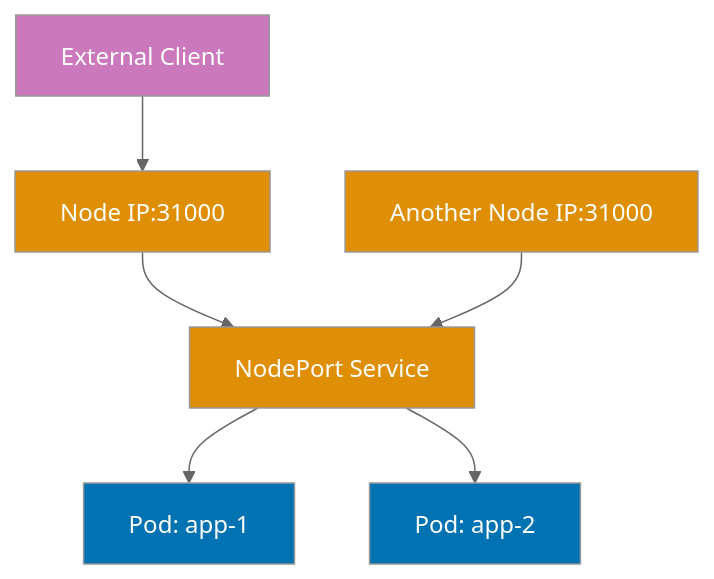
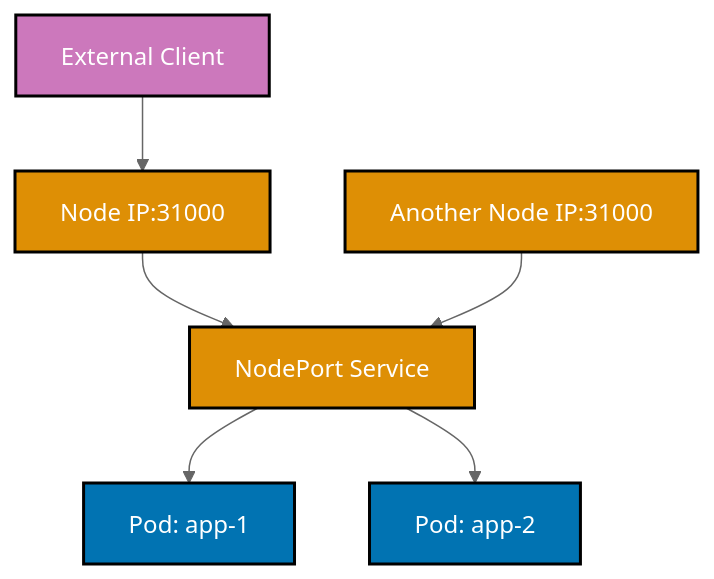
The seventh of 9 diagrams in apps/ayokoding-web/content/en/learn/software-engineering/infrastructure/tools/kubernetes/by-example/beginner.md (wahidyankf/open-sharia-enterprise), drawn with Mermaid (neutral theme) before and after one commit. The commit also changed other lines of this file and 25 other files, not shown here.

````diff
--- a/apps/ayokoding-web/content/en/learn/software-engineering/infrastructure/tools/kubernetes/by-example/beginner.md
+++ b/apps/ayokoding-web/content/en/learn/software-engineering/infrastructure/tools/kubernetes/by-example/beginner.md
@@ -955,16 +961,17 @@
 ```mermaid
+%% Color Palette: Blue #0173B2, Orange #DE8F05, Teal #029E73, Purple #CC78BC, Brown #CA9161
 %% NodePort Service access flow
 graph TD
  A[External Client] --> B[Node IP:31000]
  B --> C[NodePort Service]
  C --> D[Pod: app-1]
  C --> E[Pod: app-2]
  F[Another Node IP:31000] --> C
 
- style A fill:#CC78BC,color:#fff
- style B fill:#DE8F05,color:#fff
- style F fill:#DE8F05,color:#fff
- style C fill:#DE8F05,color:#fff
- style D fill:#0173B2,color:#fff
- style E fill:#0173B2,color:#fff
+ style A fill:#CC78BC,stroke:#000000,stroke-width:2px,color:#fff
+ style B fill:#DE8F05,stroke:#000000,stroke-width:2px,color:#fff
+ style F fill:#DE8F05,stroke:#000000,stroke-width:2px,color:#fff
+ style C fill:#DE8F05,stroke:#000000,stroke-width:2px,color:#fff
+ style D fill:#0173B2,stroke:#000000,stroke-width:2px,color:#fff
+ style E fill:#0173B2,stroke:#000000,stroke-width:2px,color:#fff
 ```
````
